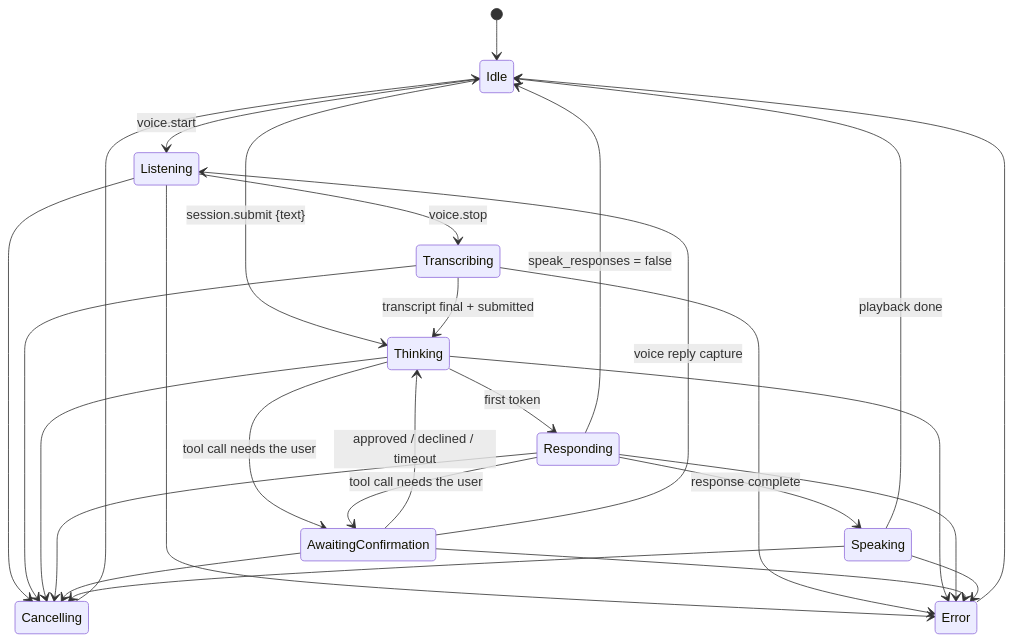
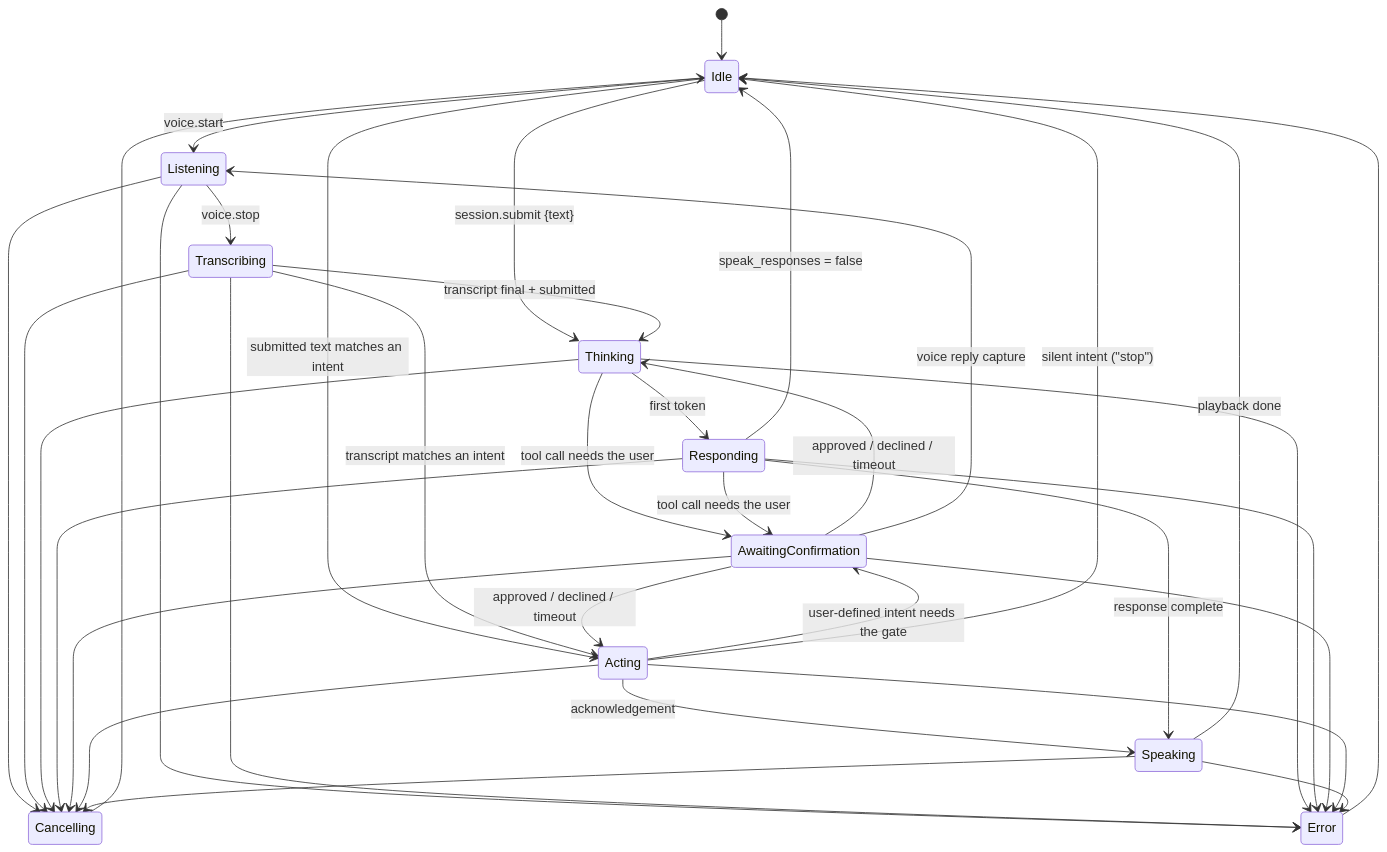
One commit to rpickz/jarvix changed the second of 2 diagrams in docs/architecture.md. Above: the diagram before and after it, drawn with Mermaid. The commit also changed other lines of this file and 32 other files, not shown here.

````diff
--- a/docs/architecture.md
+++ b/docs/architecture.md
@@ -61,30 +62,38 @@
 ```mermaid
 stateDiagram-v2
     [*] --> Idle
     Idle --> Listening : voice.start
     Idle --> Thinking : session.submit {text}
+    Idle --> Acting : submitted text matches an intent
     Listening --> Transcribing : voice.stop
     Transcribing --> Thinking : transcript final + submitted
+    Transcribing --> Acting : transcript matches an intent
+    Acting --> AwaitingConfirmation : user-defined intent needs the gate
+    AwaitingConfirmation --> Acting : approved / declined / timeout
+    Acting --> Speaking : acknowledgement
+    Acting --> Idle : silent intent ("stop")
     Thinking --> Responding : first token
     Thinking --> AwaitingConfirmation : tool call needs the user
     Responding --> AwaitingConfirmation : tool call needs the user
     AwaitingConfirmation --> Thinking : approved / declined / timeout
     AwaitingConfirmation --> Listening : voice reply capture
     Responding --> Speaking : response complete
     Responding --> Idle : speak_responses = false
     Speaking --> Idle : playback done
     Listening --> Cancelling
     Transcribing --> Cancelling
     Thinking --> Cancelling
     Responding --> Cancelling
     AwaitingConfirmation --> Cancelling
+    Acting --> Cancelling
     Speaking --> Cancelling
     Cancelling --> Idle
     Listening --> Error
     Transcribing --> Error
     Thinking --> Error
     Responding --> Error
     AwaitingConfirmation --> Error
+    Acting --> Error
     Speaking --> Error
     Error --> Idle
 ```
````
